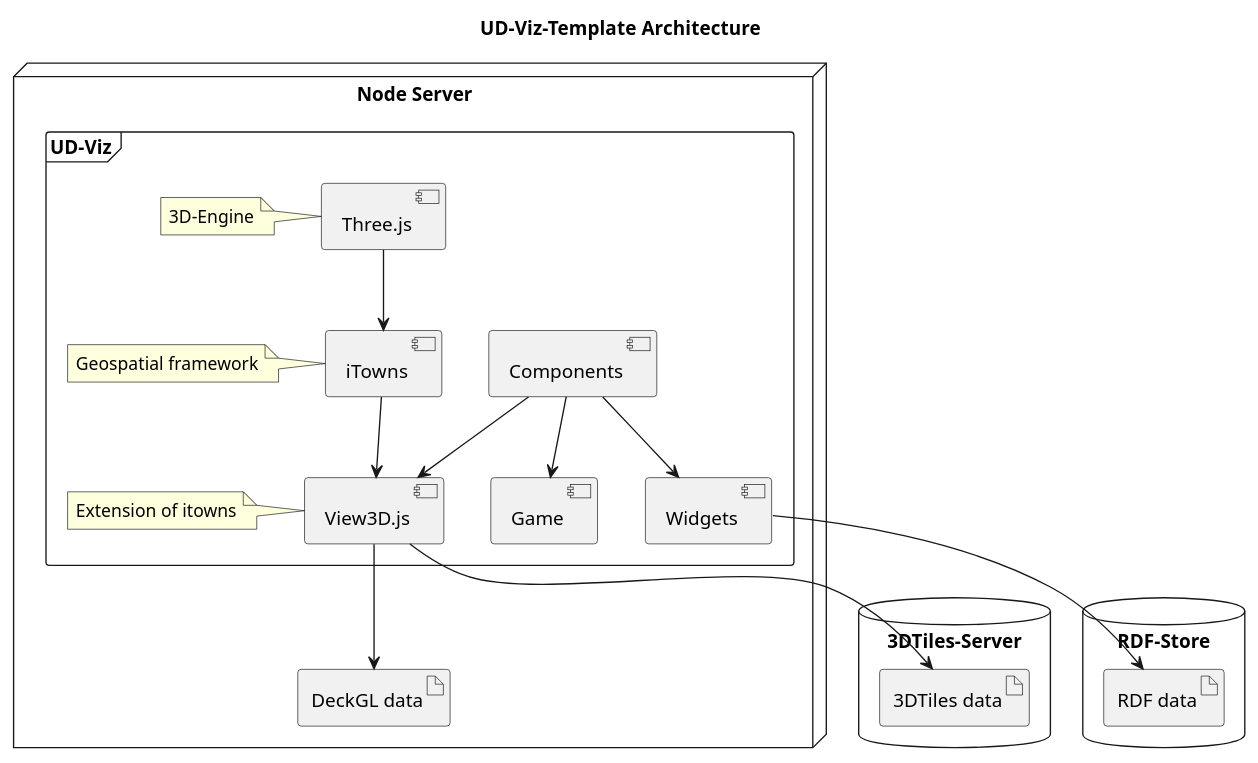
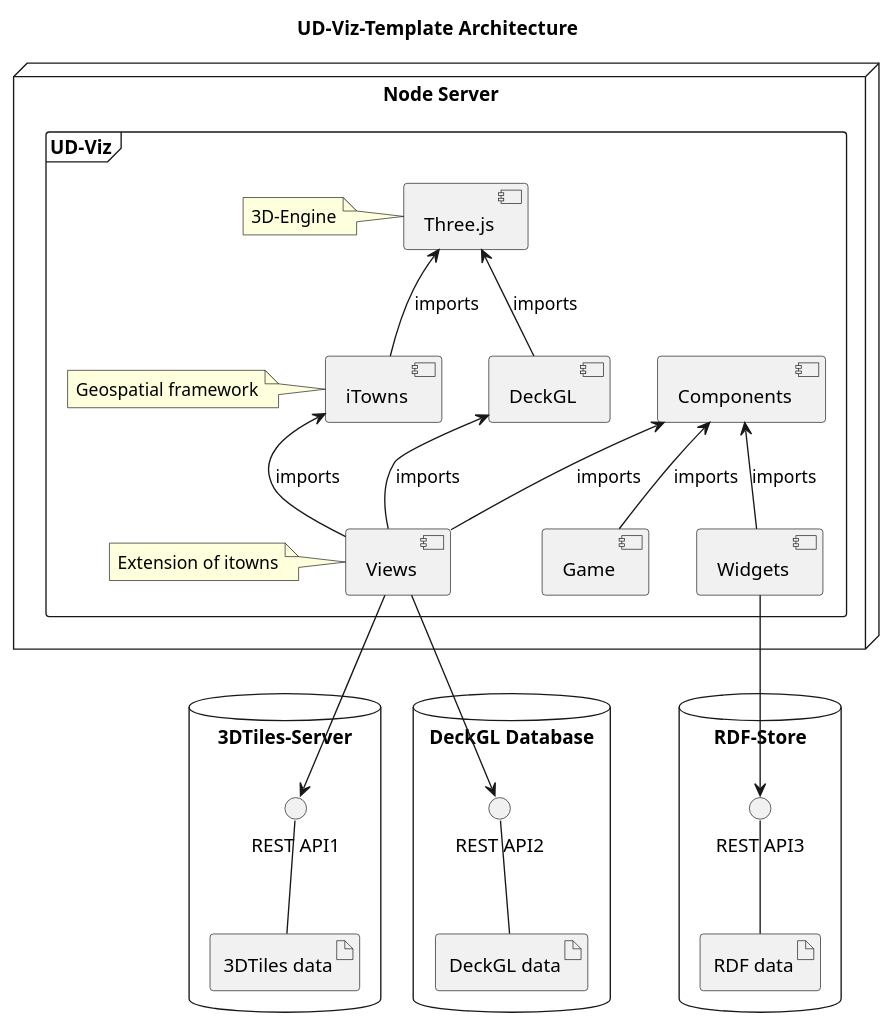
One commit to VCityTeam/UD-SV changed the diagram in Architecture/Diagrams/TIW5-udv-template.puml. Above: the diagram before and after it, drawn with PlantUML.

```diff
--- a/Architecture/Diagrams/TIW5-udv-template.puml
+++ b/Architecture/Diagrams/TIW5-udv-template.puml
@@ -1,45 +1,56 @@
 @startuml
 title UD-Viz-Template Architecture
 
 node "Node Server" {
   frame UD-Viz {
     [Three.js] as TJS
     note left
       3D-Engine
     end note
 
     [iTowns]
     note left
       Geospatial framework
     end note
 
-    [View3D.js] as view
+    [Views] as view
     note left
       Extension of itowns
     end note
 
     [Components]
     [Game]
     [Widgets]
+    [DeckGL]
   }
-
-  artifact "DeckGL data" as dgl
 }
 
 database "3DTiles-Server" {
   artifact "3DTiles data" as 3dt
+  interface "REST API1" as api1
+}
+
+database "DeckGL Database" {
+  artifact "DeckGL data" as dgl
+  interface "REST API2" as api2
 }
 
 database "RDF-Store" {
   artifact "RDF data" as rdf
+  interface "REST API3" as api3
 }
 
-TJS --> iTowns
-iTowns --> view
-Components --> view
-Components --> Widgets
-Components --> Game
-view --> dgl
-view --> 3dt
-Widgets --> rdf
+TJS <-- iTowns : imports
+TJS <-- DeckGL : imports
+iTowns <-- view : imports
+Components <-- view : imports
+Components <-- Widgets : imports
+Components <-- Game : imports
+DeckGL <-- view : imports
+view --> api1
+view --> api2
+Widgets --> api3
+api1 -- 3dt
+api2 -- dgl
+api3 -- rdf
 @enduml
```
